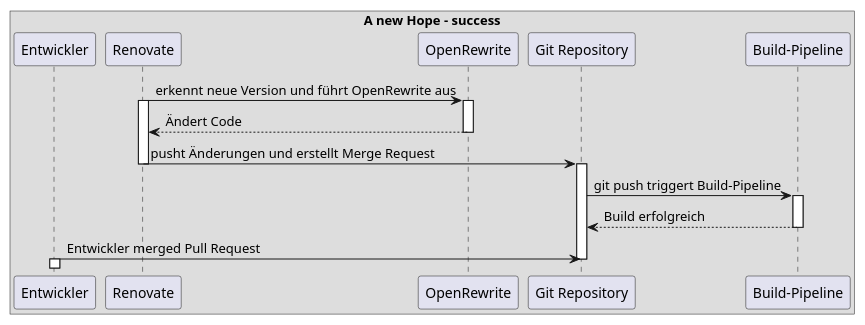
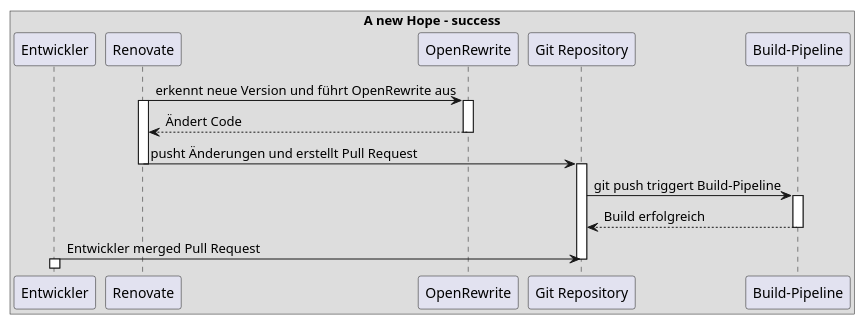
One commit to gattma/renovate changed the diagram in diagrams/success-sequence.puml. Above: the diagram before and after it, drawn with PlantUML. The commit also changed 3 other files, not shown here.

```diff
--- a/diagrams/success-sequence.puml
+++ b/diagrams/success-sequence.puml
@@ -1,28 +1,28 @@
 @startuml
 box A new Hope - success
 participant Entwickler
 
 participant Renovate
 
 Renovate -> OpenRewrite : erkennt neue Version und führt OpenRewrite aus
 activate Renovate
 activate OpenRewrite
 
 OpenRewrite --> Renovate : Ändert Code
 deactivate OpenRewrite
 
-Renovate -> "Git Repository" : pusht Änderungen und erstellt Merge Request
+Renovate -> "Git Repository" : pusht Änderungen und erstellt Pull Request
 deactivate Renovate
 activate "Git Repository"
 
 "Git Repository" -> "Build-Pipeline" : git push triggert Build-Pipeline
 activate "Build-Pipeline"
 "Build-Pipeline" --> "Git Repository" : Build erfolgreich
 deactivate "Build-Pipeline"
 
 Entwickler -> "Git Repository" : Entwickler merged Pull Request
 deactivate "Git Repository"
 activate Entwickler
 deactivate Entwickler
 end box
 @enduml
```
